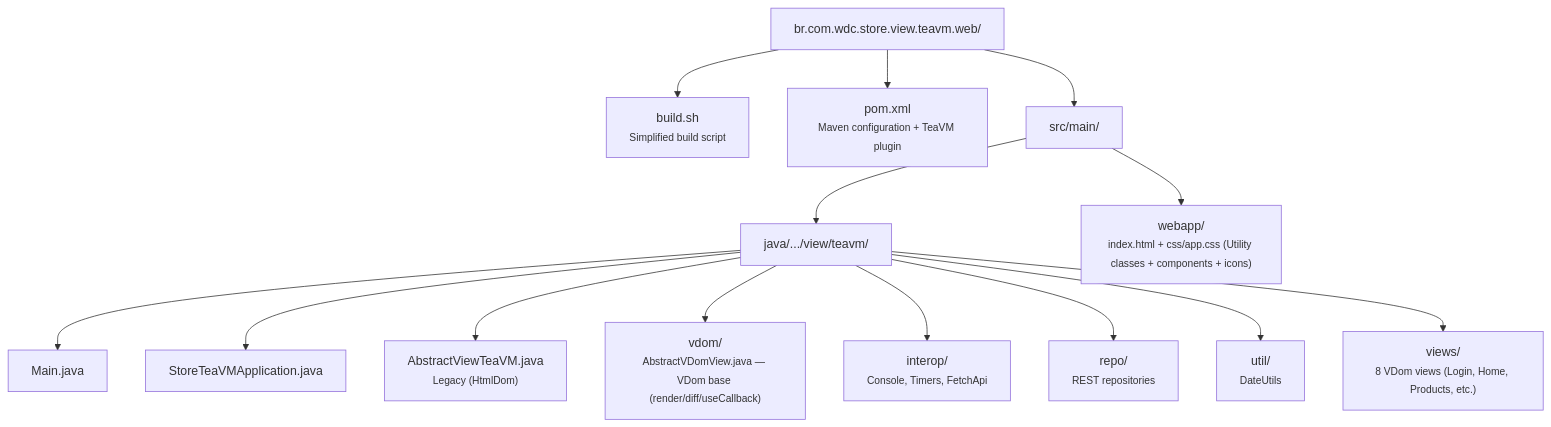
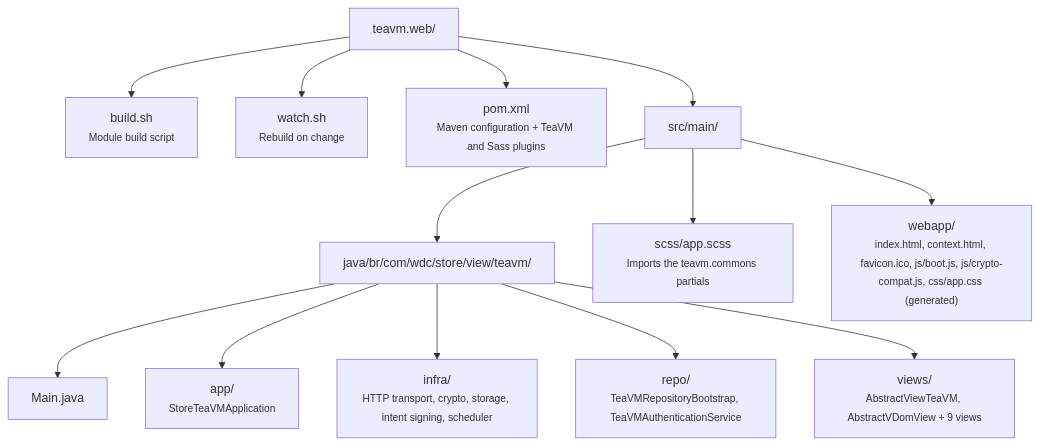
One commit to mrcdom/wdc-cube-java-v2 changed the third of 3 diagrams in fontes/br.com.wdc.store/br.com.wdc.store.view.teavm/teavm.web/README.md. Above: the diagram before and after it, drawn with Mermaid. The commit also changed other lines of this file and 50 other files, not shown here.

````diff
--- a/fontes/br.com.wdc.store/br.com.wdc.store.view.teavm/teavm.web/README.md
+++ b/fontes/br.com.wdc.store/br.com.wdc.store.view.teavm/teavm.web/README.md
@@ -134,31 +137,29 @@
 ```mermaid
 graph TD
-    root["br.com.wdc.store.view.teavm.web/"]
-    buildsh["build.sh<br/><small>Simplified build script</small>"]
-    pom["pom.xml<br/><small>Maven configuration + TeaVM plugin</small>"]
+    root["teavm.web/"]
+    buildsh["build.sh<br/><small>Module build script</small>"]
+    watchsh["watch.sh<br/><small>Rebuild on change</small>"]
+    pom["pom.xml<br/><small>Maven configuration + TeaVM and Sass plugins</small>"]
     srcMain["src/main/"]
-    java["java/.../view/teavm/"]
+    java["java/br/com/wdc/store/view/teavm/"]
     main["Main.java"]
-    appCls["StoreTeaVMApplication.java"]
-    baseCls["AbstractViewTeaVM.java<br/><small>Legacy (HtmlDom)</small>"]
-    vdom["vdom/<br/><small>AbstractVDomView.java — VDom base (render/diff/useCallback)</small>"]
-    interop["interop/<br/><small>Console, Timers, FetchApi</small>"]
-    repo["repo/<br/><small>REST repositories</small>"]
-    util["util/<br/><small>DateUtils</small>"]
-    views["views/<br/><small>8 VDom views (Login, Home, Products, etc.)</small>"]
-    webapp["webapp/<br/><small>index.html + css/app.css (Utility classes + components + icons)</small>"]
+    app["app/<br/><small>StoreTeaVMApplication</small>"]
+    infra["infra/<br/><small>HTTP transport, crypto, storage, intent signing, scheduler</small>"]
+    repo["repo/<br/><small>TeaVMRepositoryBootstrap, TeaVMAuthenticationService</small>"]
+    views["views/<br/><small>AbstractViewTeaVM, AbstractVDomView + 9 views</small>"]
+    scss["scss/app.scss<br/><small>Imports the teavm.commons partials</small>"]
+    webapp["webapp/<br/><small>index.html, context.html, favicon.ico, js/boot.js, js/crypto-compat.js, css/app.css (generated)</small>"]
 
     root --> buildsh
+    root --> watchsh
     root --> pom
     root --> srcMain
     srcMain --> java
+    srcMain --> scss
     srcMain --> webapp
     java --> main
-    java --> appCls
-    java --> baseCls
-    java --> vdom
-    java --> interop
+    java --> app
+    java --> infra
     java --> repo
-    java --> util
     java --> views
 ```
````
